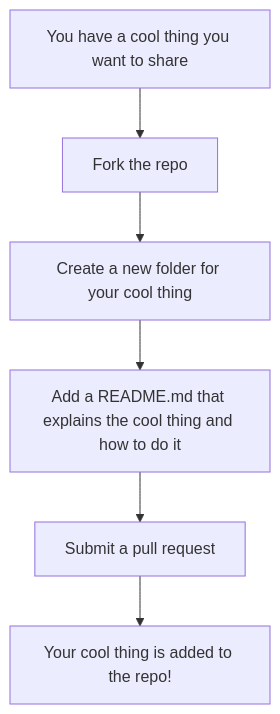
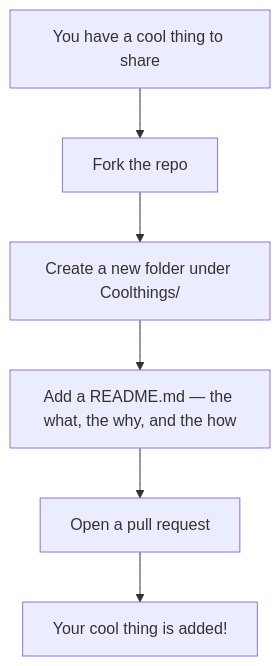
Before and after one commit to 000Matvey000/OneCoolThing: the diagram in README.md, drawn with Mermaid. The commit also changed other lines of this file, not shown here.

````diff
--- a/README.md
+++ b/README.md
@@ -11,8 +57,8 @@
 ```mermaid
 graph TD
-    A[You have a cool thing you want to share] --> B[Fork the repo]
-    B --> C[Create a new folder for your cool thing]
-    C --> D[Add a README.md that explains the cool thing and how to do it]
-    D --> E[Submit a pull request]
-    E --> F[Your cool thing is added to the repo!]
+    A[You have a cool thing to share] --> B[Fork the repo]
+    B --> C[Create a new folder under Coolthings/]
+    C --> D[Add a README.md — the what, the why, and the how]
+    D --> E[Open a pull request]
+    E --> F[Your cool thing is added!]
 ```
````
